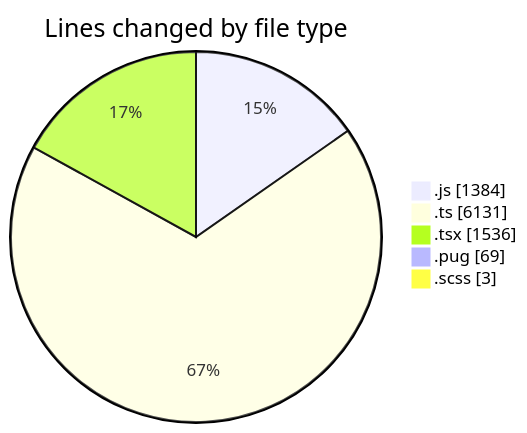
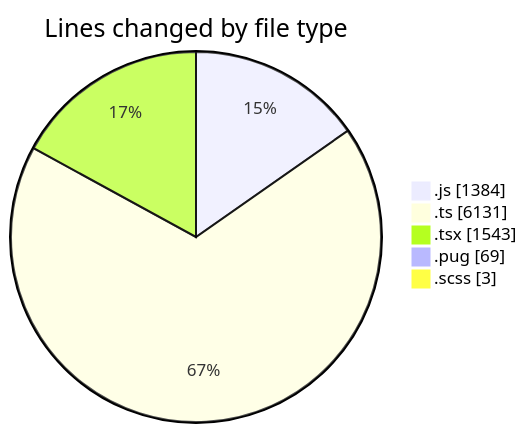
One commit to momahboobian/code-tracking changed the first of 2 diagrams in 2025-03-25/cda/README.md. Above: the diagram before and after it, drawn with Mermaid. The commit also changed other lines of this file and 1 other file, not shown here.

````diff
--- a/2025-03-25/cda/README.md
+++ b/2025-03-25/cda/README.md
@@ -38,9 +38,9 @@
 ```mermaid
 pie showData
 title Lines changed by file type
 ".js" : 1384
 ".ts" : 6131
-".tsx" : 1536
+".tsx" : 1543
 ".pug" : 69
 ".scss" : 3
 ```
````
